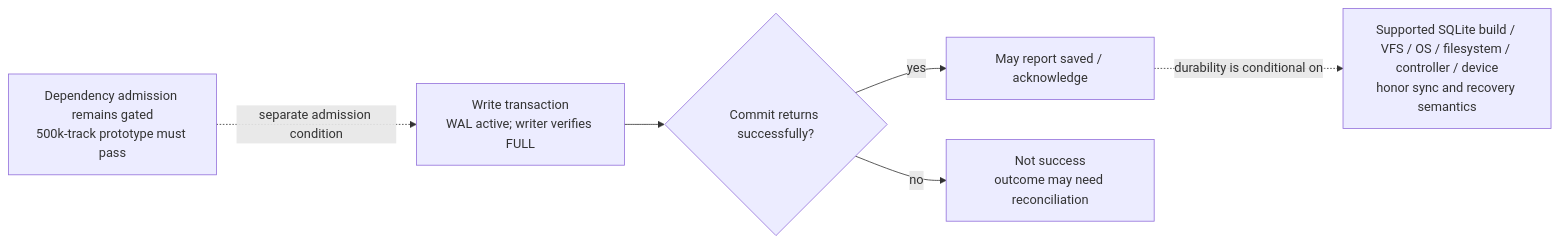
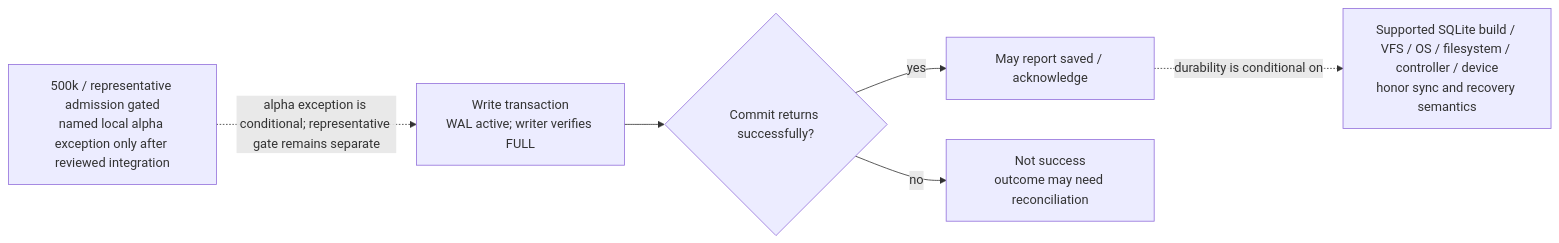
One commit to Senci/oxidj changed the diagram in docs/adr/002-persistence.md. Above: the diagram before and after it, drawn with Mermaid. The commit also changed other lines of this file and 6 other files, not shown here.

First line of the commit message:
docs(m1): reconcile M1-M3 local alpha acceptance

````diff
--- a/docs/adr/002-persistence.md
+++ b/docs/adr/002-persistence.md
@@ -28,9 +28,9 @@
 ```mermaid
 flowchart LR
-    gate["Dependency admission remains gated<br/>500k-track prototype must pass"]
+    gate["500k / representative admission gated<br/>named local alpha exception only after reviewed integration"]
     write["Write transaction<br/>WAL active; writer verifies FULL"] --> commit{"Commit returns successfully?"}
     commit -- yes --> ack["May report saved / acknowledge"]
     commit -- no --> failed["Not success<br/>outcome may need reconciliation"]
     ack -. "durability is conditional on" .-> stack["Supported SQLite build / VFS / OS / filesystem / controller / device<br/>honor sync and recovery semantics"]
-    gate -. "separate admission condition" .-> write
+    gate -. "alpha exception is conditional; representative gate remains separate" .-> write
 ```
````
